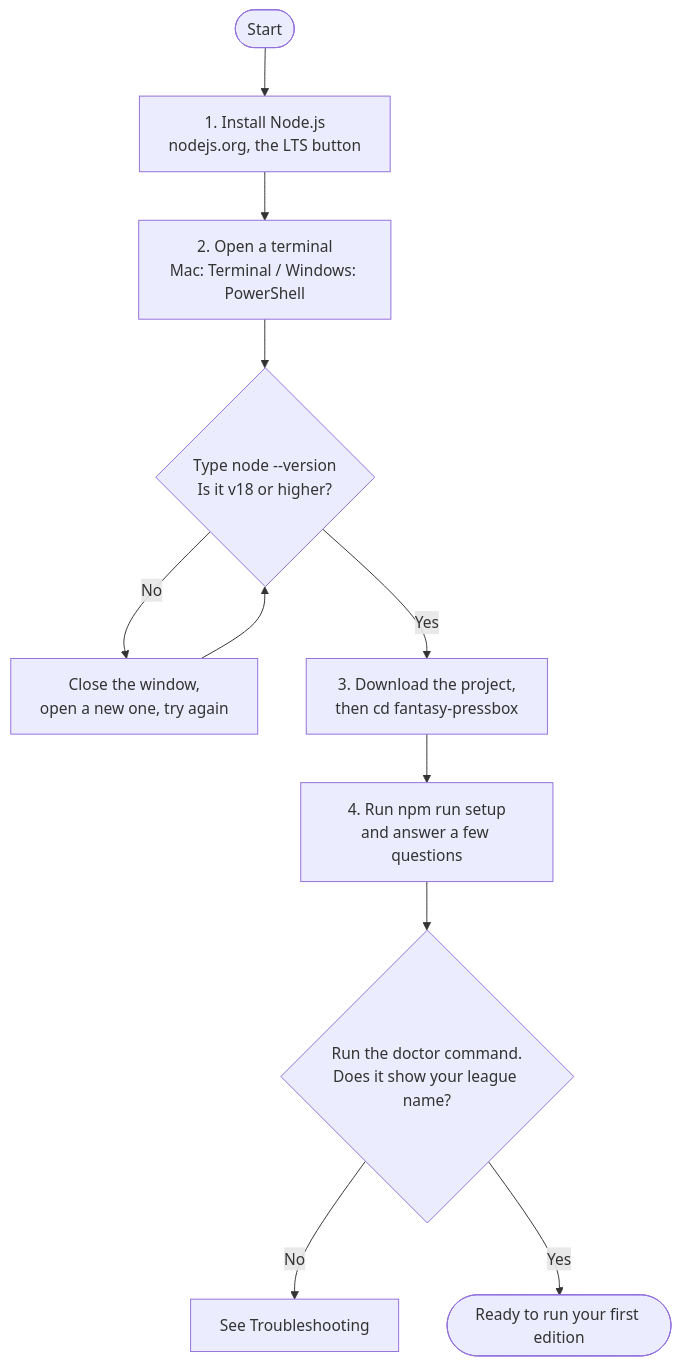
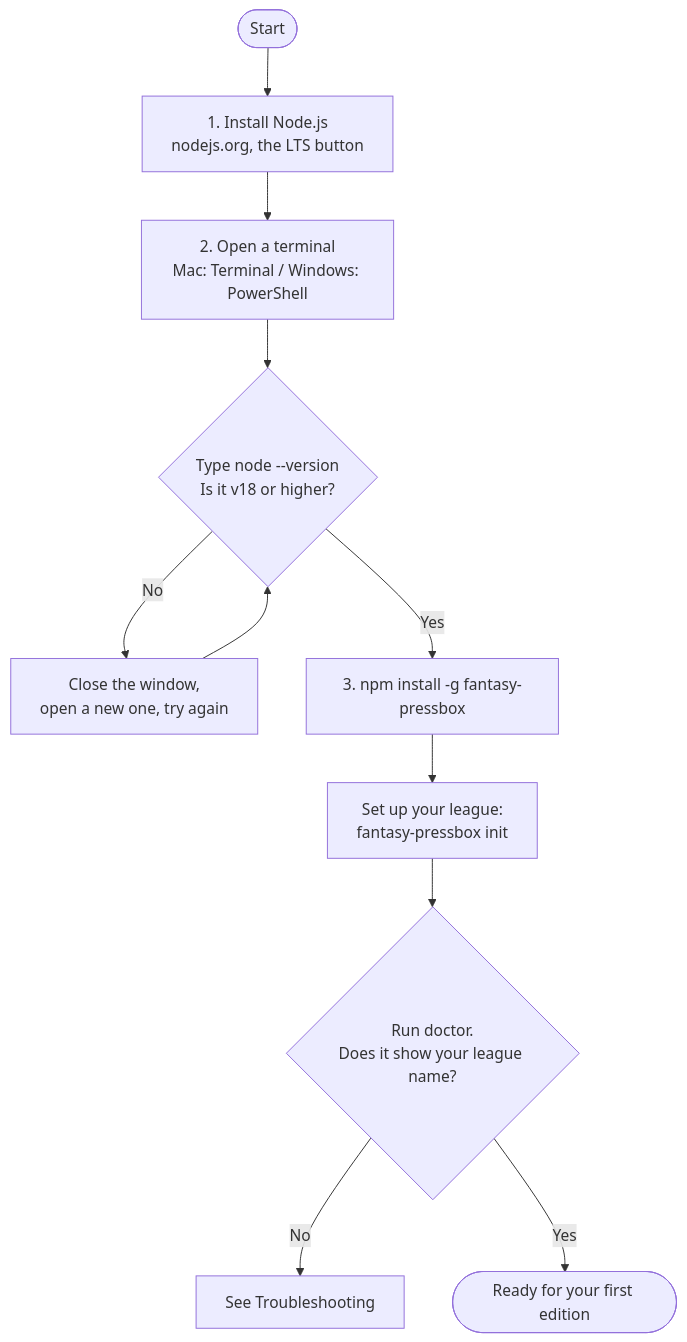
Before and after one commit to ryrykeith/fantasy-pressbox: the second of 3 diagrams in README.md, drawn with Mermaid. The commit also changed other lines of this file and 2 other files, not shown here.

First line of the commit message:
Rewrite the README for installing the package and running a league folder

````diff
--- a/README.md
+++ b/README.md
@@ -174,13 +181,13 @@
 ```mermaid
 flowchart TD
     S(["Start"]) --> A["1. Install Node.js<br/>nodejs.org, the LTS button"]
     A --> B["2. Open a terminal<br/>Mac: Terminal / Windows: PowerShell"]
     B --> C{"Type node --version<br/>Is it v18 or higher?"}
     C -->|"No"| A2["Close the window,<br/>open a new one, try again"]
     A2 --> C
-    C -->|"Yes"| D["3. Download the project,<br/>then cd fantasy-pressbox"]
-    D --> E["4. Run npm run setup<br/>and answer a few questions"]
-    E --> F{"Run the doctor command.<br/>Does it show your league name?"}
+    C -->|"Yes"| D["3. npm install -g fantasy-pressbox"]
+    D --> E["Set up your league:<br/>fantasy-pressbox init"]
+    E --> F{"Run doctor.<br/>Does it show your league name?"}
     F -->|"No"| G["See Troubleshooting"]
-    F -->|"Yes"| H(["Ready to run your first edition"])
+    F -->|"Yes"| H(["Ready for your first edition"])
 ```
````
